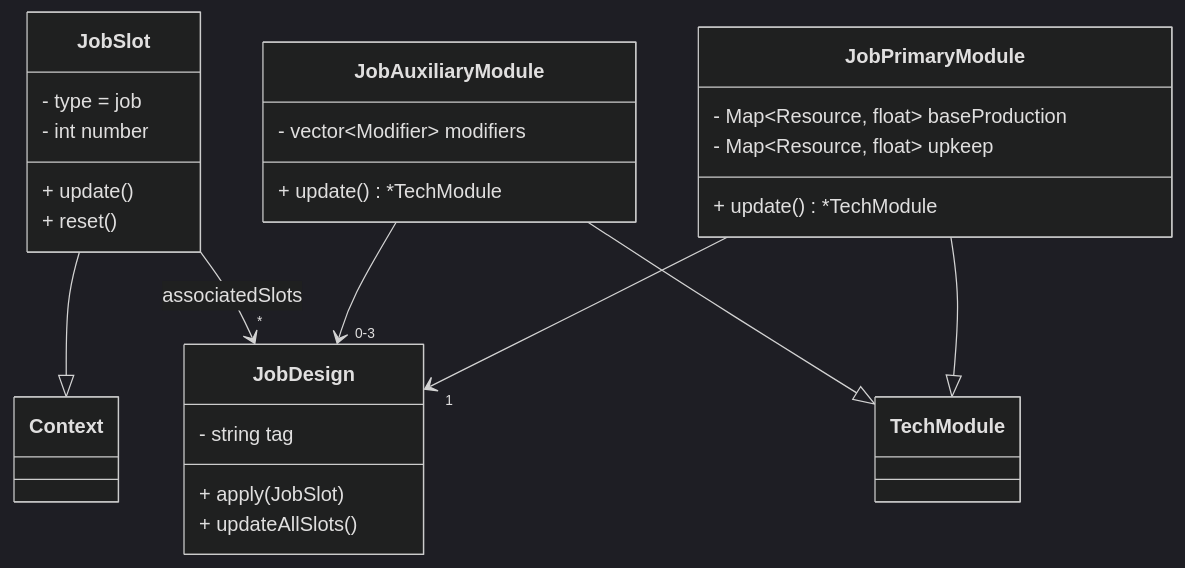
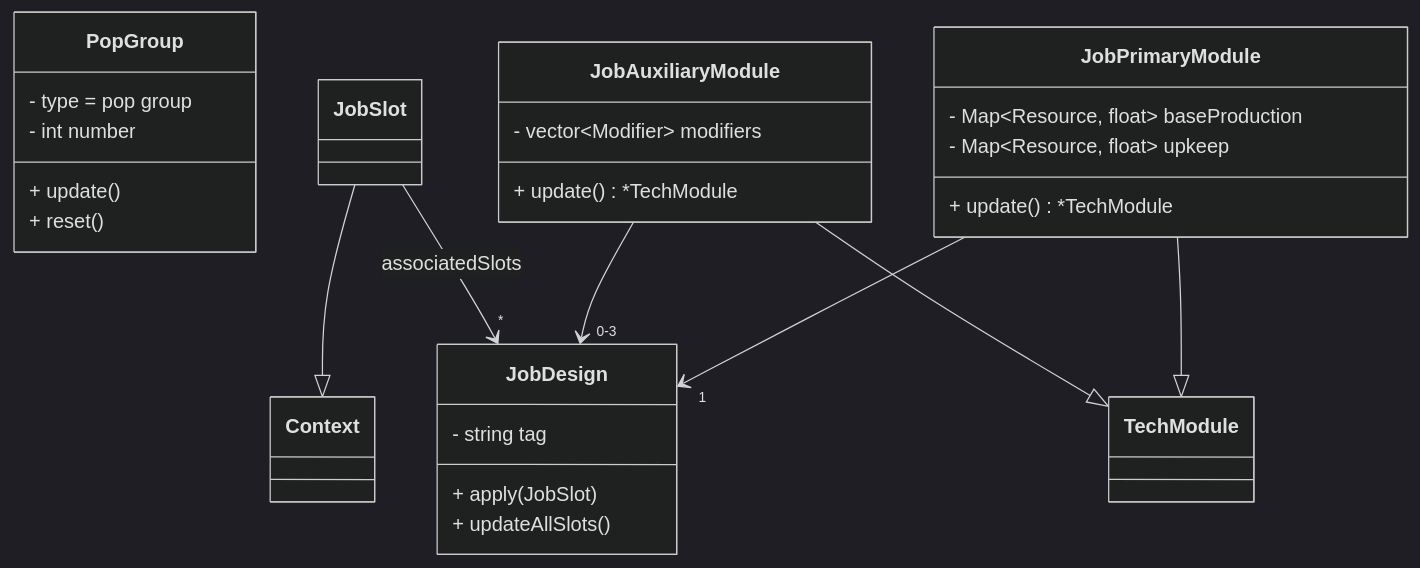
One commit to StrangeClone/SSequel changed the fourth of 5 diagrams in desing.md. Above: the diagram before and after it, drawn with Mermaid (dark theme). The commit also changed other lines of this file and 19 other files, not shown here.

````diff
--- a/desing.md
+++ b/desing.md
@@ -105,29 +105,29 @@
 ```mermaid
 classDiagram
-    class JobSlot {
-        - type = job
+    class PopGroup {
+        - type = pop group
         - int number
         + update()
         + reset()
     }
     JobSlot --|> Context
     class JobDesign {
         - string tag
         + apply(JobSlot)
         + updateAllSlots()
     }
     class JobPrimaryModule {
         - Map~Resource, float~ baseProduction
         - Map~Resource, float~ upkeep
         + update() *TechModule
     }
     JobPrimaryModule --|> TechModule
     JobPrimaryModule --> "1" JobDesign
     class JobAuxiliaryModule {
         - vector~Modifier~ modifiers
         + update() *TechModule
     }
     JobAuxiliaryModule --|> TechModule
     JobAuxiliaryModule --> "0-3" JobDesign
     JobSlot --> "*" JobDesign : associatedSlots
 ```
````
